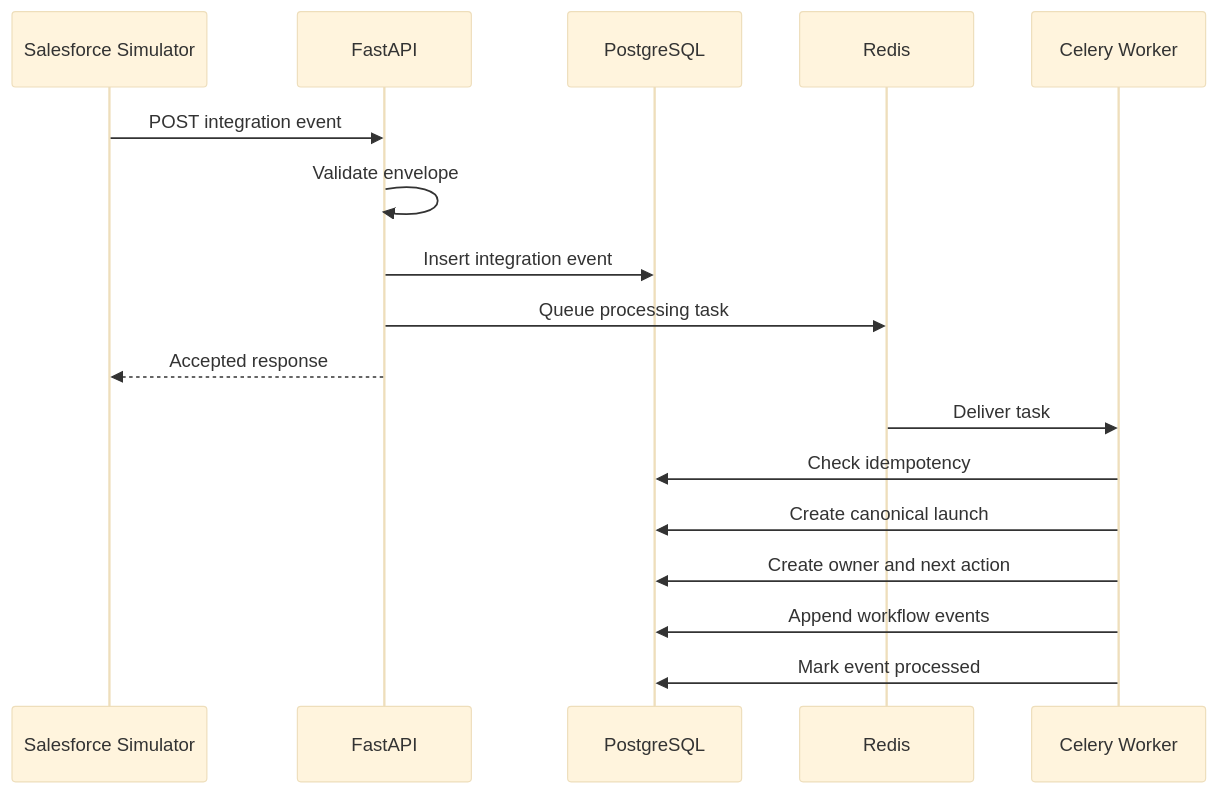
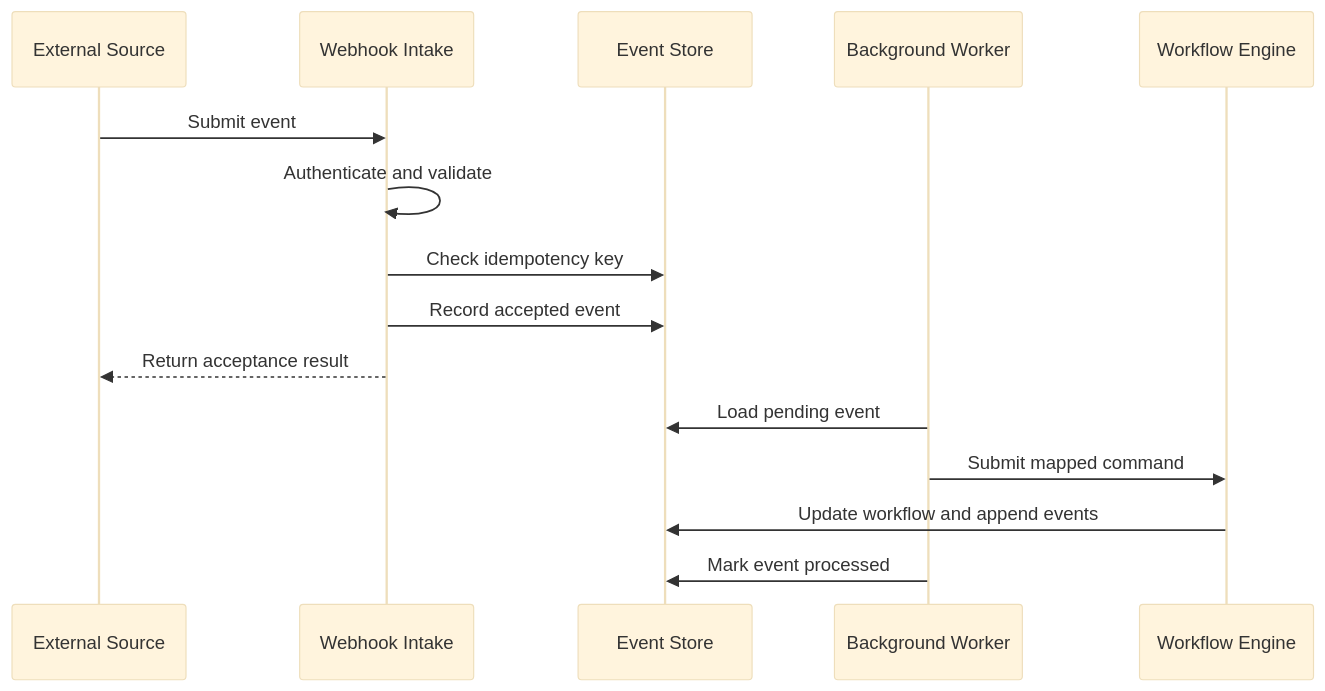
The fifth of 6 diagrams in docs/architecture.md (kay-freeman/flowlens), drawn with Mermaid (base theme) before and after one commit. The commit also changed other lines of this file, not shown here.

Commit message:
Define reusable self-hosted architecture

````diff
--- a/docs/architecture.md
+++ b/docs/architecture.md
@@ -348,20 +578,18 @@
 ```mermaid
 sequenceDiagram
-    participant SF as Salesforce Simulator
-    participant API as FastAPI
-    participant DB as PostgreSQL
-    participant Q as Redis
-    participant W as Celery Worker
+    participant Source as External Source
+    participant Intake as Webhook Intake
+    participant Store as Event Store
+    participant Worker as Background Worker
+    participant Engine as Workflow Engine
 
-    SF->>API: POST integration event
-    API->>API: Validate envelope
-    API->>DB: Insert integration event
-    API->>Q: Queue processing task
-    API-->>SF: Accepted response
-    Q->>W: Deliver task
-    W->>DB: Check idempotency
-    W->>DB: Create canonical launch
-    W->>DB: Create owner and next action
-    W->>DB: Append workflow events
-    W->>DB: Mark event processed
+    Source->>Intake: Submit event
+    Intake->>Intake: Authenticate and validate
+    Intake->>Store: Check idempotency key
+    Intake->>Store: Record accepted event
+    Intake-->>Source: Return acceptance result
+    Worker->>Store: Load pending event
+    Worker->>Engine: Submit mapped command
+    Engine->>Store: Update workflow and append events
+    Worker->>Store: Mark event processed
 ```
````
